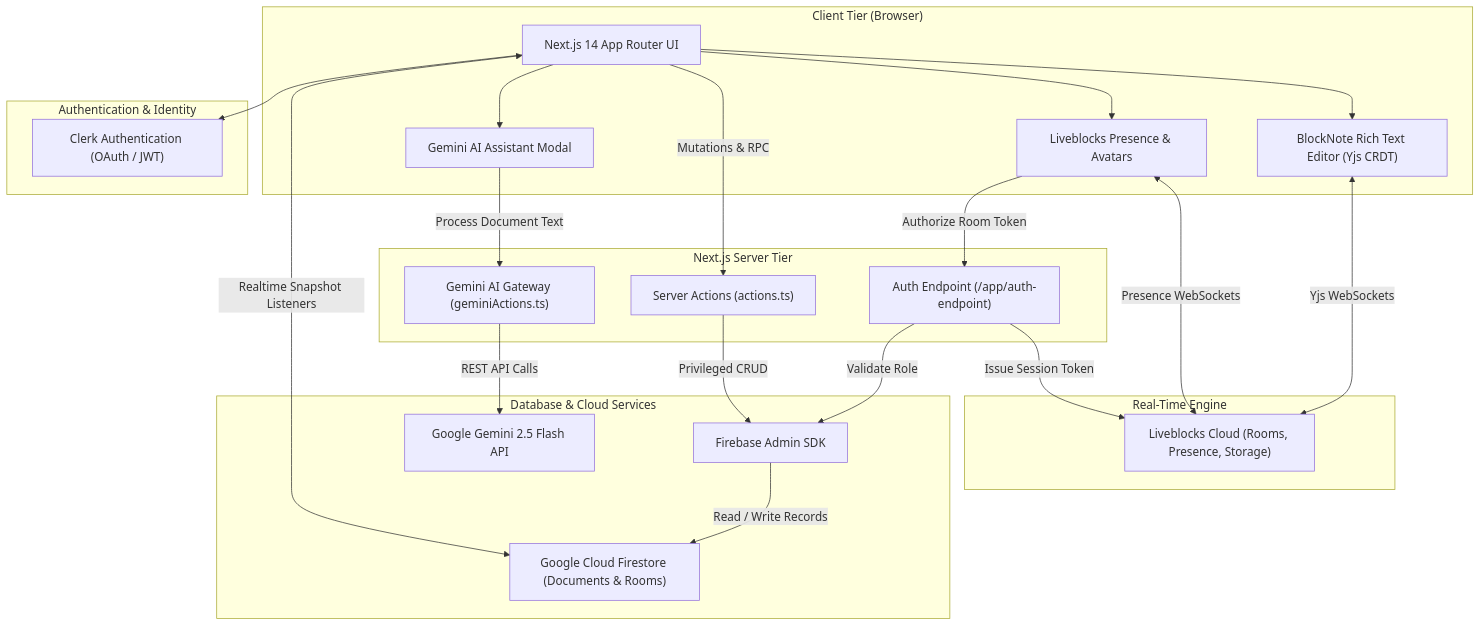
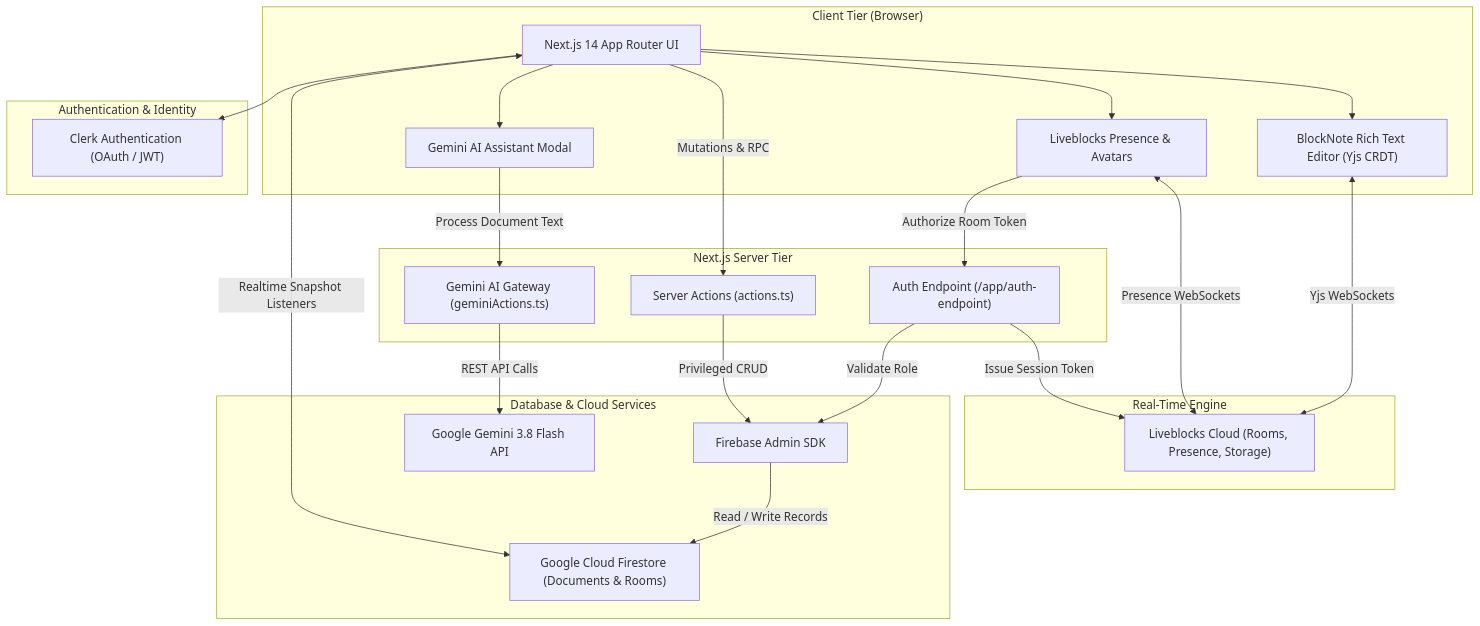
Before and after one commit to kushGupta-15/Docflow: the diagram in readme.md, drawn with Mermaid. The commit also changed other lines of this file and 13 other files, not shown here.

````diff
--- a/readme.md
+++ b/readme.md
@@ -35,50 +81,50 @@
 ```mermaid
 flowchart TD
     subgraph Client["Client Tier (Browser)"]
         UI["Next.js 14 App Router UI"]
         BlockNote["BlockNote Rich Text Editor (Yjs CRDT)"]
         Avatars["Liveblocks Presence & Avatars"]
         AIAssistant["Gemini AI Assistant Modal"]
     end
 
     subgraph AuthTier["Authentication & Identity"]
         Clerk["Clerk Authentication (OAuth / JWT)"]
     end
 
     subgraph AppServer["Next.js Server Tier"]
         ServerActions["Server Actions (actions.ts)"]
         AuthEndpoint["Auth Endpoint (/app/auth-endpoint)"]
         GeminiService["Gemini AI Gateway (geminiActions.ts)"]
     end
 
     subgraph RealTimeTier["Real-Time Engine"]
         LiveblocksCloud["Liveblocks Cloud (Rooms, Presence, Storage)"]
     end
 
     subgraph DatabaseTier["Database & Cloud Services"]
         Firestore["Google Cloud Firestore (Documents & Rooms)"]
         FirebaseAdmin["Firebase Admin SDK"]
-        GeminiAPI["Google Gemini 2.5 Flash API"]
+        GeminiAPI["Google Gemini 3.8 Flash API"]
     end
 
     UI --> Clerk
     UI --> BlockNote
     UI --> Avatars
     UI --> AIAssistant
 
     BlockNote <-->|"Yjs WebSockets"| LiveblocksCloud
     Avatars <-->|"Presence WebSockets"| LiveblocksCloud
 
     UI -->|"Mutations & RPC"| ServerActions
     Avatars -->|"Authorize Room Token"| AuthEndpoint
     AIAssistant -->|"Process Document Text"| GeminiService
 
     AuthEndpoint -->|"Validate Role"| FirebaseAdmin
     AuthEndpoint -->|"Issue Session Token"| LiveblocksCloud
 
     ServerActions -->|"Privileged CRUD"| FirebaseAdmin
     FirebaseAdmin -->|"Read / Write Records"| Firestore
     UI <-->|"Realtime Snapshot Listeners"| Firestore
 
     GeminiService -->|"REST API Calls"| GeminiAPI
 ```
````
